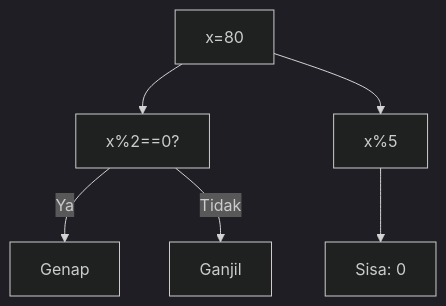
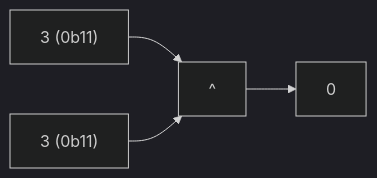
Before and after one commit to amnahwaida/OSNK_INF_PREP: diagram 18 of 25 in part-c-pemahaman-cpp/06-bitwise/latihan/set-07.md, drawn with Mermaid (dark theme). The commit also changed other lines of this file and 71 other files, not shown here.

````diff
--- a/part-c-pemahaman-cpp/06-bitwise/latihan/set-07.md
+++ b/part-c-pemahaman-cpp/06-bitwise/latihan/set-07.md
@@ -535,8 +472,6 @@
 ```mermaid
-graph TD
-A["x=80"] --> B["x%2==0?"]
-B -- Ya --> C["Genap"]
-B -- Tidak --> D["Ganjil"]
-A --> E["x%5"]
-E --> F["Sisa: 0"]
+graph LR
+A["3 (0b11)"] --> C["^"]
+B["3 (0b11)"] --> C
+C --> D["0"]
 ```
````
